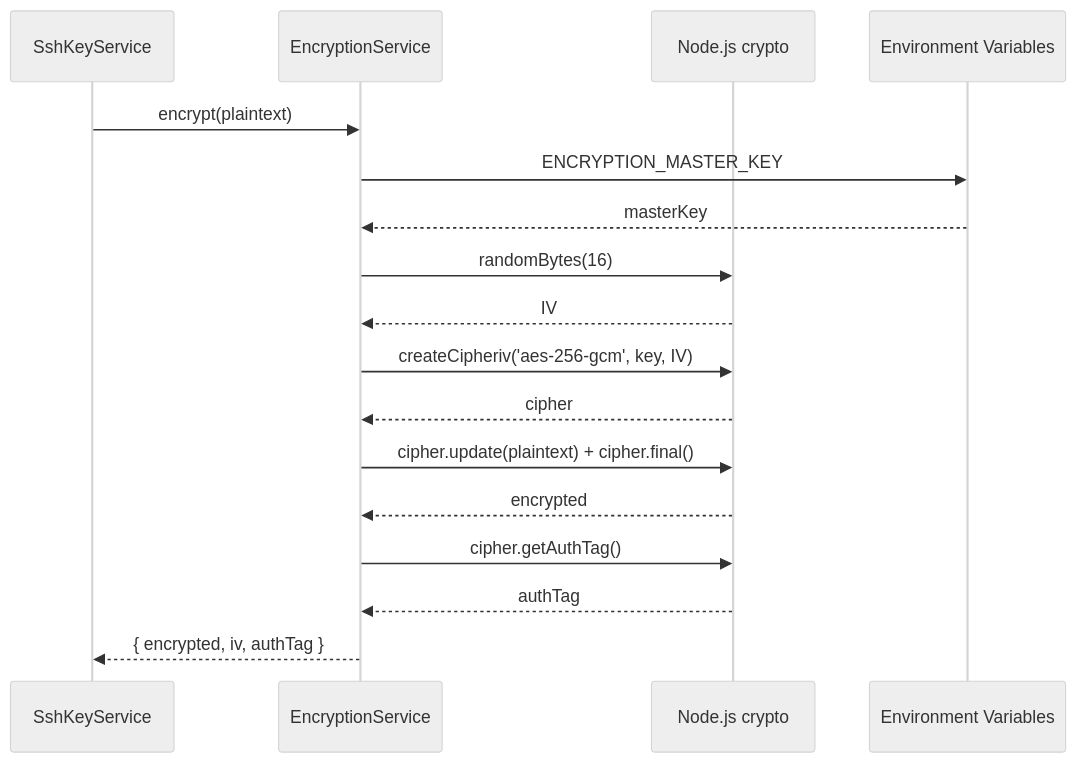
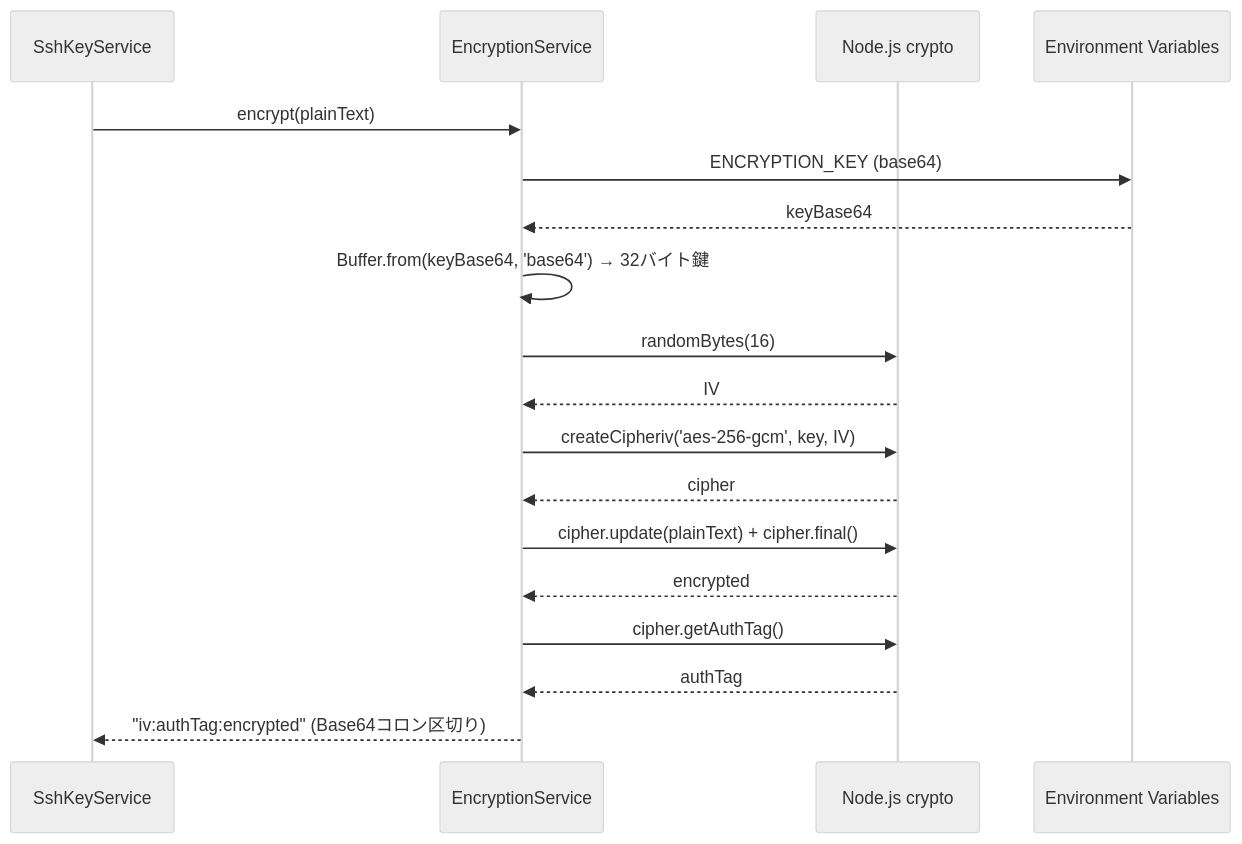
Before and after one commit to windschord/claude-work: the diagram in docs/sdd/design/dev-tool-settings/components/encryption-service.md, drawn with Mermaid (neutral theme). The commit also changed other lines of this file and 11 other files, not shown here.

````diff
--- a/docs/sdd/design/dev-tool-settings/components/encryption-service.md
+++ b/docs/sdd/design/dev-tool-settings/components/encryption-service.md
@@ -100,20 +99,21 @@
 ```mermaid
 sequenceDiagram
     participant Client as SshKeyService
     participant Enc as EncryptionService
     participant Crypto as Node.js crypto
     participant Env as Environment Variables
 
-    Client->>Enc: encrypt(plaintext)
-    Enc->>Env: ENCRYPTION_MASTER_KEY
-    Env-->>Enc: masterKey
+    Client->>Enc: encrypt(plainText)
+    Enc->>Env: ENCRYPTION_KEY (base64)
+    Env-->>Enc: keyBase64
+    Enc->>Enc: Buffer.from(keyBase64, 'base64') → 32バイト鍵
     Enc->>Crypto: randomBytes(16)
     Crypto-->>Enc: IV
     Enc->>Crypto: createCipheriv('aes-256-gcm', key, IV)
     Crypto-->>Enc: cipher
-    Enc->>Crypto: cipher.update(plaintext) + cipher.final()
+    Enc->>Crypto: cipher.update(plainText) + cipher.final()
     Crypto-->>Enc: encrypted
     Enc->>Crypto: cipher.getAuthTag()
     Crypto-->>Enc: authTag
-    Enc-->>Client: { encrypted, iv, authTag }
+    Enc-->>Client: "iv:authTag:encrypted" (Base64コロン区切り)
 ```
````
